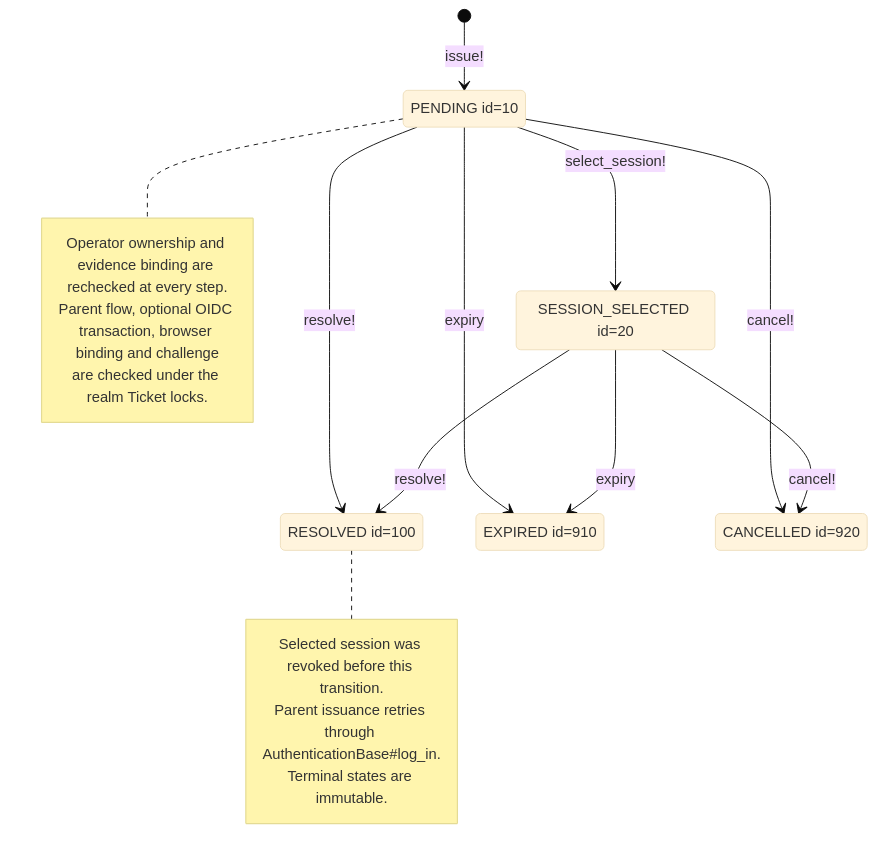
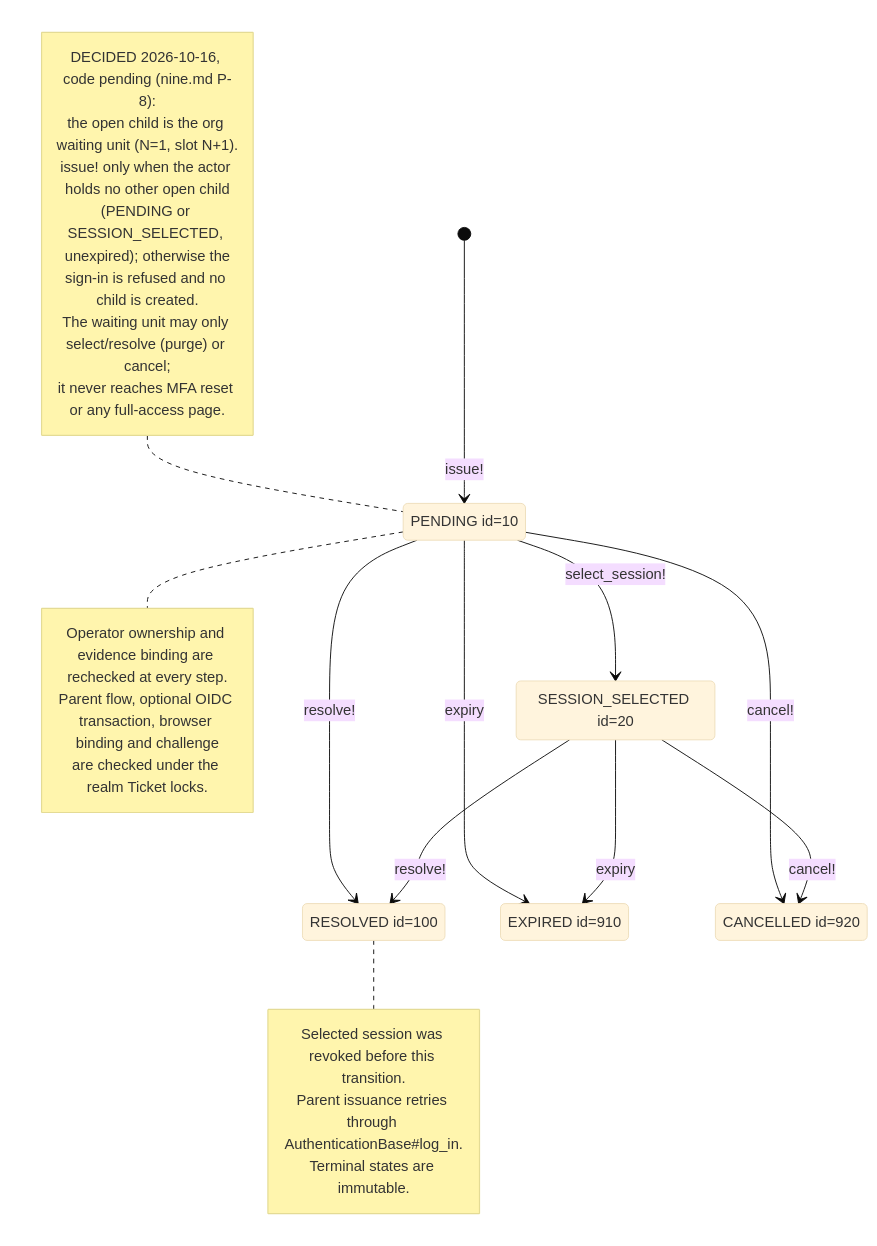
The diagram in docs/mermaid/idp-operator-session-limit-resolution.mmd (seahal/umaxica-apps-jit-global), drawn with Mermaid (base theme) before and after one commit. The commit also changed 81 other files, not shown here.

```diff
--- a/docs/mermaid/idp-operator-session-limit-resolution.mmd
+++ b/docs/mermaid/idp-operator-session-limit-resolution.mmd
@@ -1,27 +1,36 @@
 stateDiagram-v2
     %% Durable child of OperatorSignInFlow; the parent stays SESSION_ISSUANCE_PENDING.
     state "PENDING id=10" as PENDING
     state "SESSION_SELECTED id=20" as SESSION_SELECTED
     state "RESOLVED id=100" as RESOLVED
     state "EXPIRED id=910" as EXPIRED
     state "CANCELLED id=920" as CANCELLED
 
     [*] --> PENDING: issue!
     PENDING --> SESSION_SELECTED: select_session!
     PENDING --> RESOLVED: resolve!
     PENDING --> EXPIRED: expiry
     PENDING --> CANCELLED: cancel!
     SESSION_SELECTED --> RESOLVED: resolve!
     SESSION_SELECTED --> EXPIRED: expiry
     SESSION_SELECTED --> CANCELLED: cancel!
 
     note right of PENDING
         Operator ownership and evidence binding are rechecked at every step.
         Parent flow, optional OIDC transaction, browser binding and challenge
         are checked under the realm Ticket locks.
     end note
+    note left of PENDING
+        DECIDED 2026-10-16, code pending (nine.md P-8):
+        the open child is the org waiting unit (N=1, slot N+1).
+        issue! only when the actor holds no other open child
+        (PENDING or SESSION_SELECTED, unexpired); otherwise the
+        sign-in is refused and no child is created.
+        The waiting unit may only select/resolve (purge) or cancel;
+        it never reaches MFA reset or any full-access page.
+    end note
     note right of RESOLVED
         Selected session was revoked before this transition.
         Parent issuance retries through AuthenticationBase#log_in.
         Terminal states are immutable.
     end note
```
